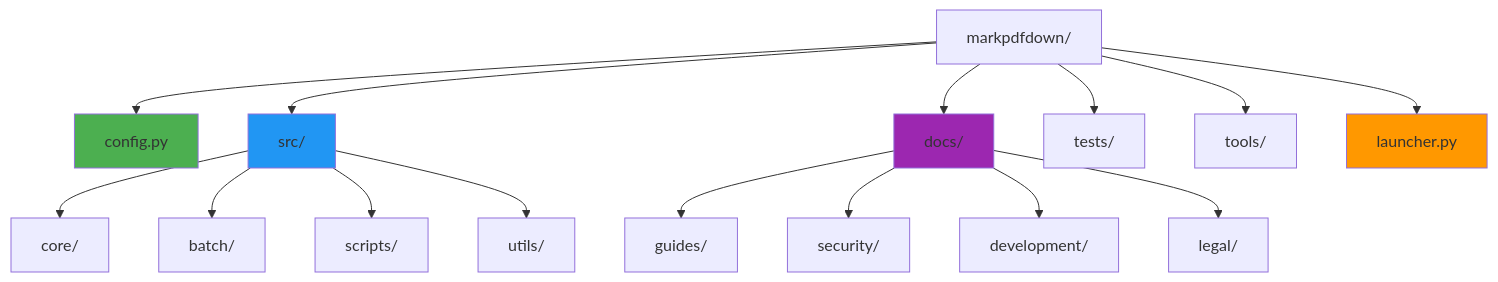
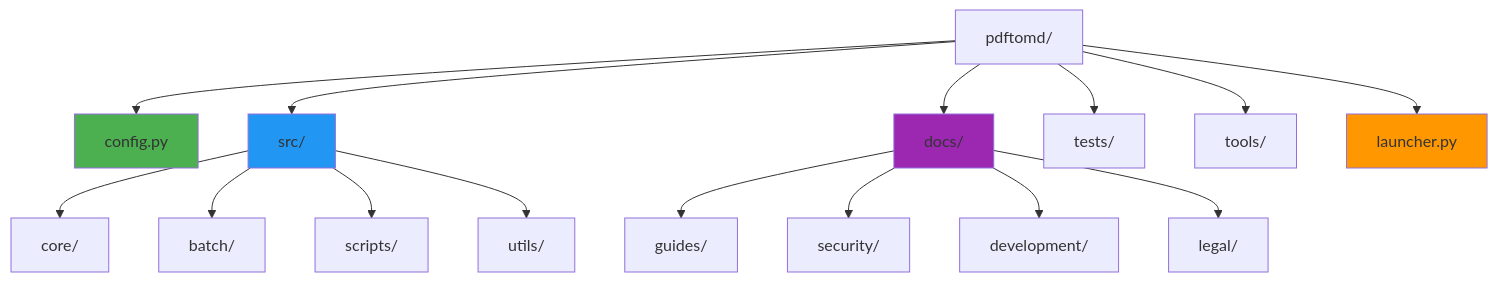
The first of 5 diagrams in docs/development/PROJECT_STRUCTURE.md (ch0t4nk/PDFtoMD), drawn with Mermaid before and after one commit. The commit also changed other lines of this file and 23 other files, not shown here.

````diff
--- a/docs/development/PROJECT_STRUCTURE.md
+++ b/docs/development/PROJECT_STRUCTURE.md
@@ -2,24 +2,24 @@
 ```mermaid
 graph TD
- A[markpdfdown/] --> B[config.py]
+ A[pdftomd/] --> B[config.py]
  A --> C[src/]
  A --> D[docs/]
  A --> E[tests/]
  A --> F[tools/]
  A --> G[launcher.py]
 
  C --> H[core/]
  C --> I[batch/]
  C --> J[scripts/]
  C --> K[utils/]
 
  D --> L[guides/]
  D --> M[security/]
  D --> N[development/]
  D --> O[legal/]
 
  style B fill:#4CAF50
  style G fill:#FF9800
  style C fill:#2196F3
  style D fill:#9C27B0
 ```
````
